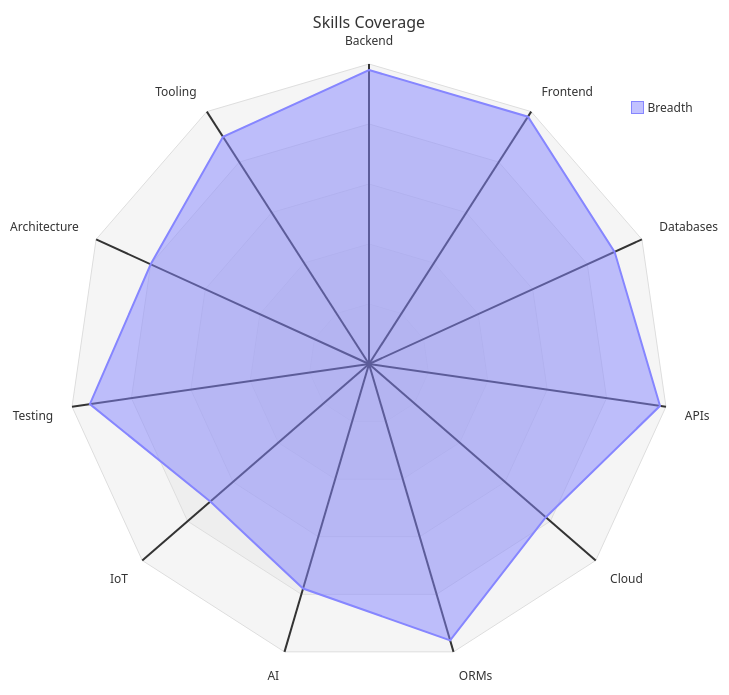
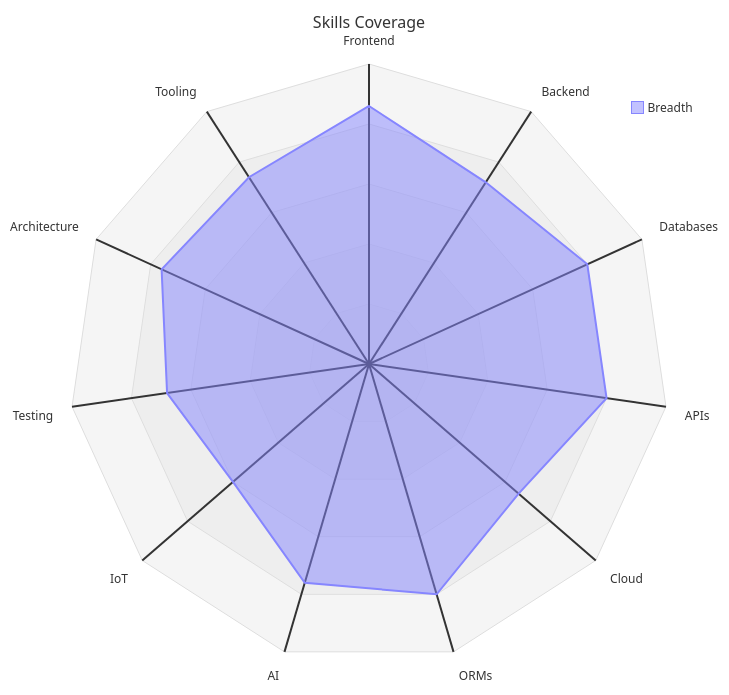
One commit to virgenherrera/virgenherrera changed the first of 2 diagrams in README.md. Above: the diagram before and after it, drawn with Mermaid. The commit also changed other lines of this file, not shown here.

````diff
--- a/README.md
+++ b/README.md
@@ -40,9 +40,9 @@
 ```mermaid
 radar-beta
   title Skills Coverage
-  axis Backend, Frontend, Databases, APIs, Cloud, ORMs, AI, IoT, Testing, Architecture, Tooling
-  curve Breadth{4.9, 4.9, 4.5, 4.9, 3.9, 4.8, 3.9, 3.5, 4.7, 4, 4.5}
+  axis Frontend, Backend, Databases, APIs, Cloud, ORMs, AI, IoT, Testing, Architecture, Tooling
+  curve Breadth{4.3, 3.6, 4, 4, 3.3, 4, 3.8, 3, 3.4, 3.8, 3.7}
   graticule polygon
   max 5
   min 0
 ```
````
